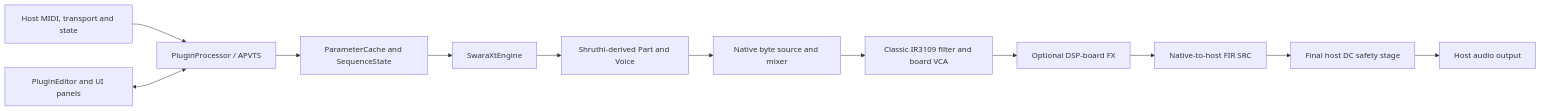
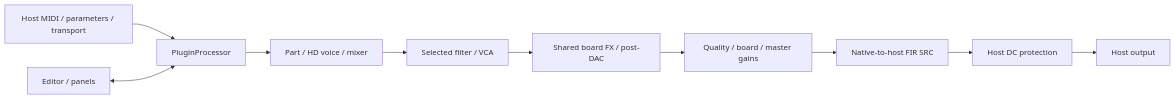
Before and after one commit to montronedsp/SWARAXT: the diagram in docs/ARCHITECTURE.md, drawn with Mermaid. The commit also changed other lines of this file and 3 other files, not shown here.

First line of the commit message:
docs: update README architecture and roadmap

````diff
--- a/docs/ARCHITECTURE.md
+++ b/docs/ARCHITECTURE.md
@@ -23,14 +12,12 @@
 ```mermaid
 flowchart LR
-  Host[Host MIDI, transport and state] --> Processor[PluginProcessor / APVTS]
-  Processor --> Cache[ParameterCache and SequenceState]
-  Cache --> Engine[SwaraXtEngine]
-  Engine --> Shruthi[Shruthi-derived Part and Voice]
-  Shruthi --> Mixer[Native byte source and mixer]
-  Mixer --> Filter[Classic IR3109 filter and board VCA]
-  Filter --> FX[Optional DSP-board FX]
-  FX --> SRC[Native-to-host FIR SRC]
-  SRC --> DC[Final host DC safety stage]
-  DC --> Output[Host audio output]
-  Editor[PluginEditor and UI panels] <--> Processor
+  Host[Host MIDI / parameters / transport] --> Processor[PluginProcessor]
+  Processor --> Voice[Part / HD voice / mixer]
+  Voice --> Bank[Selected filter / VCA]
+  Bank --> FX[Shared board FX / post-DAC]
+  FX --> Gain[Quality / board / master gains]
+  Gain --> SRC[Native-to-host FIR SRC]
+  SRC --> DC[Host DC protection]
+  DC --> Output[Host output]
+  Editor[Editor / panels] <--> Processor
 ```
````
